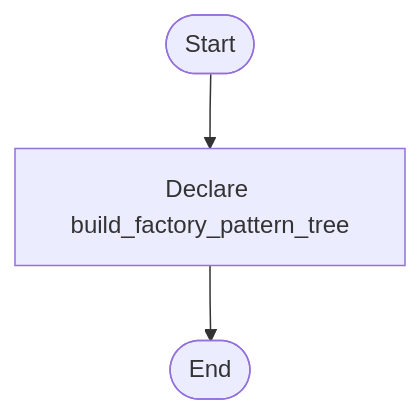
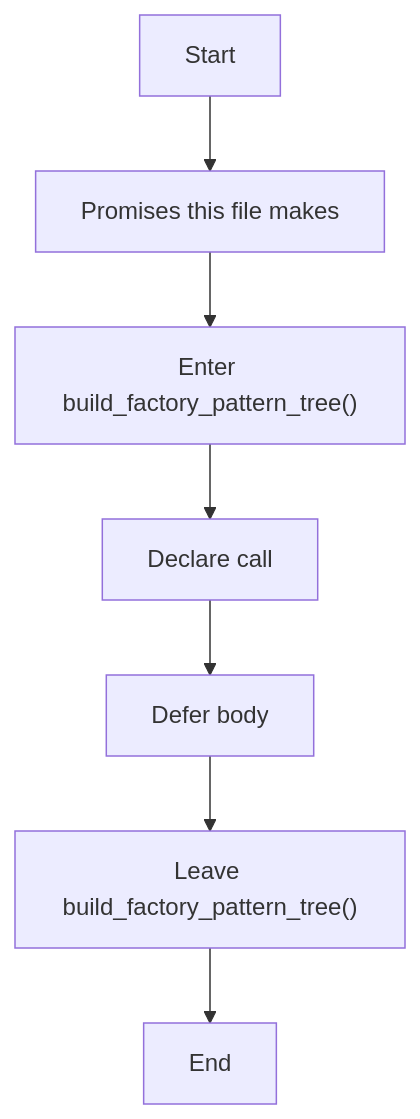
Before and after one commit to JohnAndrewBalbarosa/NeoTerritory: the first of 2 diagrams in docs/Codebase/Microservice/Modules/Header/Creational/Factory/factory_pattern_logic.hpp.md, drawn with Mermaid. The commit also changed other lines of this file and 752 other files, not shown here.

````diff
--- a/docs/Codebase/Microservice/Modules/Header/Creational/Factory/factory_pattern_logic.hpp.md
+++ b/docs/Codebase/Microservice/Modules/Header/Creational/Factory/factory_pattern_logic.hpp.md
@@ -31,8 +22,16 @@
 ```mermaid
 flowchart TD
-    Start([Start])
-    N0[Declare build_factory_pattern_tree]
-    End([End])
+    Start["Start"]
+    N0["Promises this file makes"]
+    N1["Enter build_factory_pattern_tree()"]
+    N2["Declare call"]
+    N3["Defer body"]
+    N4["Leave build_factory_pattern_tree()"]
+    End["End"]
     Start --> N0
-    N0 --> End
+    N0 --> N1
+    N1 --> N2
+    N2 --> N3
+    N3 --> N4
+    N4 --> End
 ```
````
